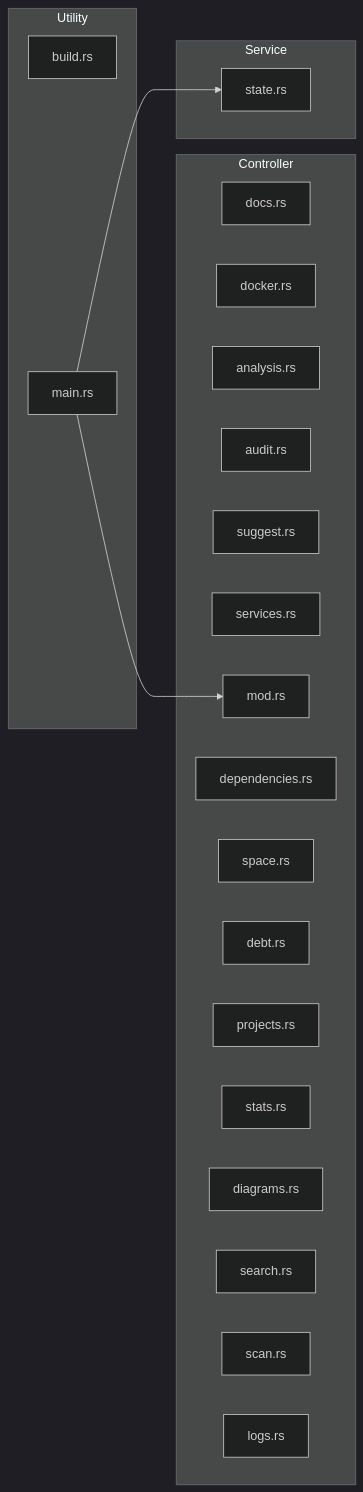
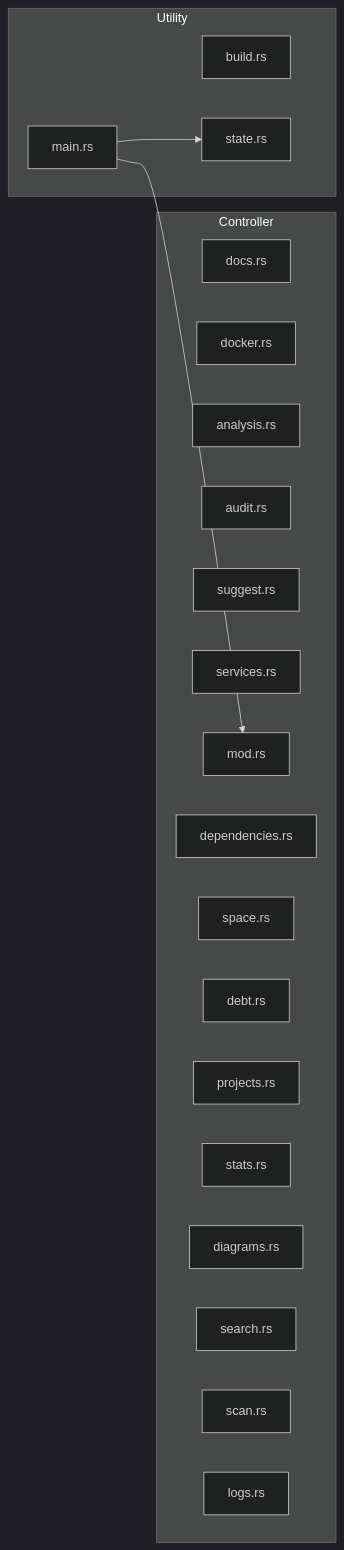
Before and after one commit to Mague/void-stack: the sixth of 8 diagrams in void-stack-analysis.md, drawn with Mermaid (dark theme). The commit also changed other lines of this file and 7 other files, not shown here.

````diff
--- a/void-stack-analysis.md
+++ b/void-stack-analysis.md
@@ -1182,30 +1183,28 @@
 ```mermaid
 graph LR
     subgraph controller ["Controller"]
         src_commands_docs_rs["docs.rs"]
         src_commands_docker_rs["docker.rs"]
         src_commands_analysis_rs["analysis.rs"]
         src_commands_audit_rs["audit.rs"]
         src_commands_suggest_rs["suggest.rs"]
         src_commands_services_rs["services.rs"]
         src_commands_mod_rs["mod.rs"]
         src_commands_dependencies_rs["dependencies.rs"]
         src_commands_space_rs["space.rs"]
         src_commands_debt_rs["debt.rs"]
         src_commands_projects_rs["projects.rs"]
         src_commands_stats_rs["stats.rs"]
         src_commands_diagrams_rs["diagrams.rs"]
         src_commands_search_rs["search.rs"]
         src_commands_scan_rs["scan.rs"]
         src_commands_logs_rs["logs.rs"]
     end
-    subgraph service ["Service"]
-        src_state_rs["state.rs"]
-    end
     subgraph utility ["Utility"]
         build_rs["build.rs"]
+        src_state_rs["state.rs"]
         src_main_rs["main.rs"]
     end
     src_main_rs --> src_commands_mod_rs
     src_main_rs --> src_state_rs
 ```
````
